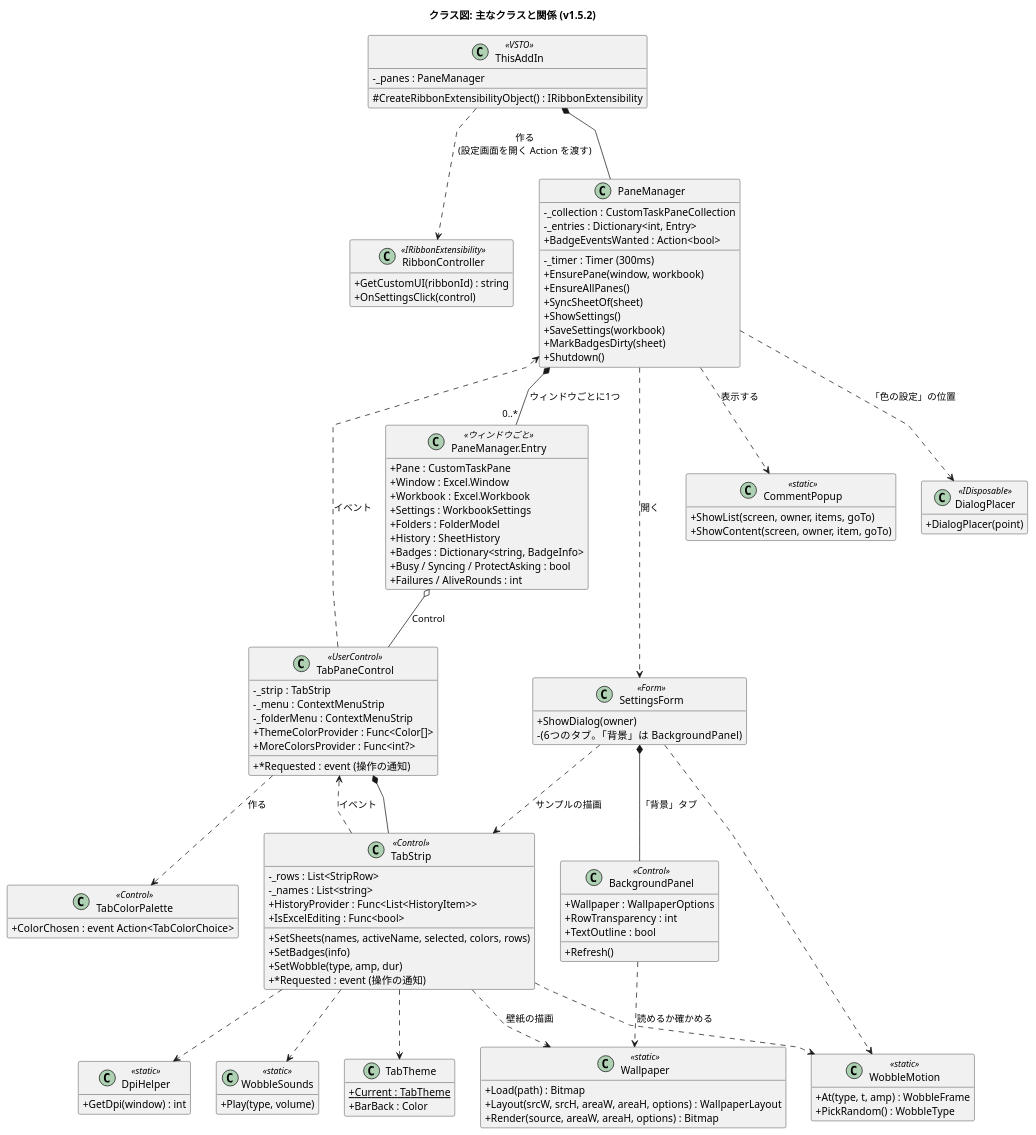
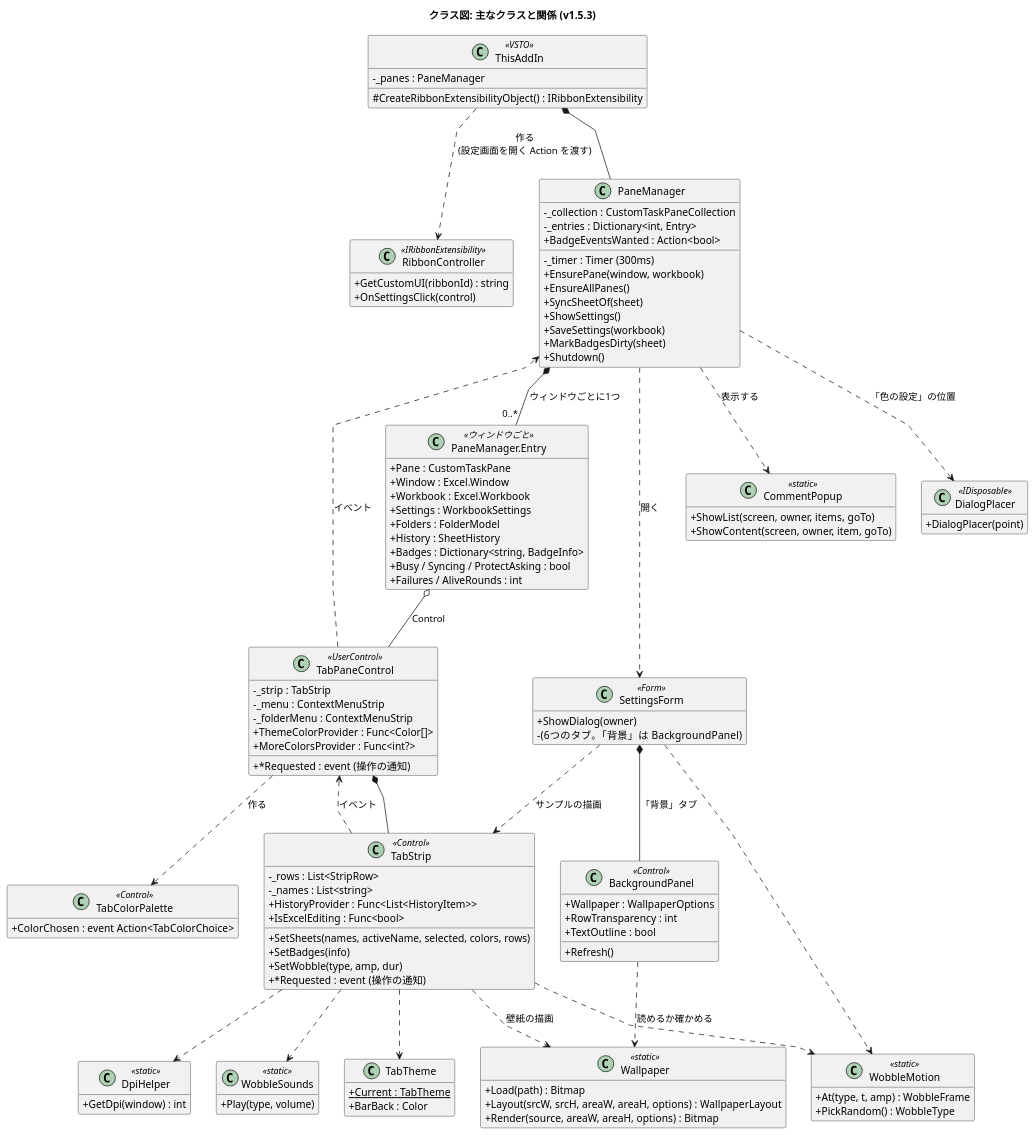
One commit to nk-taka623/VerticalSheetTabs changed the diagram in docs/class-structure.puml. Above: the diagram before and after it, drawn with PlantUML. The commit also changed 15 other files, not shown here.

```diff
--- a/docs/class-structure.puml
+++ b/docs/class-structure.puml
@@ -1,133 +1,133 @@
 @startuml
-title クラス図: 主なクラスと関係 (v1.5.2)
+title クラス図: 主なクラスと関係 (v1.5.3)
 skinparam shadowing false
 skinparam classAttributeIconSize 0
 skinparam linetype polyline
 hide empty members
 
 class ThisAddIn <<VSTO>> {
   -_panes : PaneManager
   #CreateRibbonExtensibilityObject() : IRibbonExtensibility
 }
 
 class RibbonController <<IRibbonExtensibility>> {
   +GetCustomUI(ribbonId) : string
   +OnSettingsClick(control)
 }
 
 class PaneManager {
   -_collection : CustomTaskPaneCollection
   -_entries : Dictionary<int, Entry>
   -_timer : Timer (300ms)
   +BadgeEventsWanted : Action<bool>
   +EnsurePane(window, workbook)
   +EnsureAllPanes()
   +SyncSheetOf(sheet)
   +ShowSettings()
   +SaveSettings(workbook)
   +MarkBadgesDirty(sheet)
   +Shutdown()
 }
 
 class "PaneManager.Entry" as Entry <<ウィンドウごと>> {
   +Pane : CustomTaskPane
   +Window : Excel.Window
   +Workbook : Excel.Workbook
   +Settings : WorkbookSettings
   +Folders : FolderModel
   +History : SheetHistory
   +Badges : Dictionary<string, BadgeInfo>
   +Busy / Syncing / ProtectAsking : bool
   +Failures / AliveRounds : int
 }
 
 class TabPaneControl <<UserControl>> {
   -_strip : TabStrip
   -_menu : ContextMenuStrip
   -_folderMenu : ContextMenuStrip
   +ThemeColorProvider : Func<Color[]>
   +MoreColorsProvider : Func<int?>
   +*Requested : event (操作の通知)
 }
 
 class TabStrip <<Control>> {
   -_rows : List<StripRow>
   -_names : List<string>
   +SetSheets(names, activeName, selected, colors, rows)
   +SetBadges(info)
   +SetWobble(type, amp, dur)
   +*Requested : event (操作の通知)
   +HistoryProvider : Func<List<HistoryItem>>
   +IsExcelEditing : Func<bool>
 }
 
 class TabColorPalette <<Control>> {
   +ColorChosen : event Action<TabColorChoice>
 }
 
 class SettingsForm <<Form>> {
   +ShowDialog(owner)
   -(6つのタブ。「背景」は BackgroundPanel)
 }
 
 class BackgroundPanel <<Control>> {
   +Wallpaper : WallpaperOptions
   +RowTransparency : int
   +TextOutline : bool
   +Refresh()
 }
 
 class Wallpaper <<static>> {
   +Load(path) : Bitmap
   +Layout(srcW, srcH, areaW, areaH, options) : WallpaperLayout
   +Render(source, areaW, areaH, options) : Bitmap
 }
 
 class CommentPopup <<static>> {
   +ShowList(screen, owner, items, goTo)
   +ShowContent(screen, owner, item, goTo)
 }
 
 class DialogPlacer <<IDisposable>> {
   +DialogPlacer(point)
 }
 
 class TabTheme {
   +Current : TabTheme {static}
   +BarBack : Color
 }
 
 class DpiHelper <<static>> {
   +GetDpi(window) : int
 }
 
 class WobbleMotion <<static>> {
   +At(type, t, amp) : WobbleFrame
   +PickRandom() : WobbleType
 }
 
 class WobbleSounds <<static>> {
   +Play(type, volume)
 }
 
 ThisAddIn *-- PaneManager
 ThisAddIn ..> RibbonController : 作る\n(設定画面を開く Action を渡す)
 PaneManager *-- "0..*" Entry : ウィンドウごとに1つ
 Entry o-- TabPaneControl : Control
 TabPaneControl *-- TabStrip
 TabPaneControl ..> TabColorPalette : 作る
 TabStrip ..> TabPaneControl : イベント
 TabPaneControl ..> PaneManager : イベント
 PaneManager ..> SettingsForm : 開く
 PaneManager ..> CommentPopup : 表示する
 PaneManager ..> DialogPlacer : 「色の設定」の位置
 SettingsForm ..> TabStrip : サンプルの描画
 TabStrip ..> TabTheme
 TabStrip ..> DpiHelper
 TabStrip ..> WobbleMotion
 TabStrip ..> WobbleSounds
 SettingsForm ..> WobbleMotion
 SettingsForm *-- BackgroundPanel : 「背景」タブ
 BackgroundPanel ..> Wallpaper : 読めるか確かめる
 TabStrip ..> Wallpaper : 壁紙の描画
 @enduml
```
